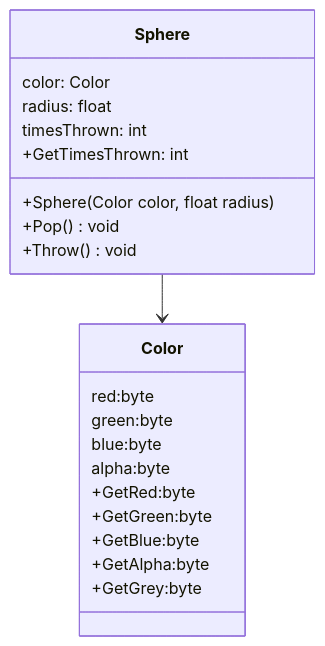
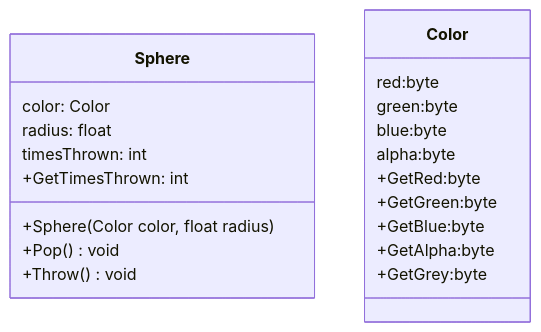
Before and after one commit to SimonXPTO/LP1Semana07: the diagram in BetterColorSpheres/README.md, drawn with Mermaid.

````diff
--- a/BetterColorSpheres/README.md
+++ b/BetterColorSpheres/README.md
@@ -1,34 +1,32 @@
 ```mermaid
 
 classDiagram
     class Sphere {
     color: Color
     radius: float
     timesThrown: int
     +GetTimesThrown: int
 
     +Sphere(Color color, float radius)
     +Pop() void
     +Throw() void
     
     }
 
     class Color {
         red:byte
         green:byte
         blue:byte
         alpha:byte
 
         +GetRed:byte
         +GetGreen:byte
         +GetBlue:byte
         +GetAlpha:byte
         +GetGrey:byte
     }
 
-    Sphere --> Color
-
 
 
 
 ```
````
